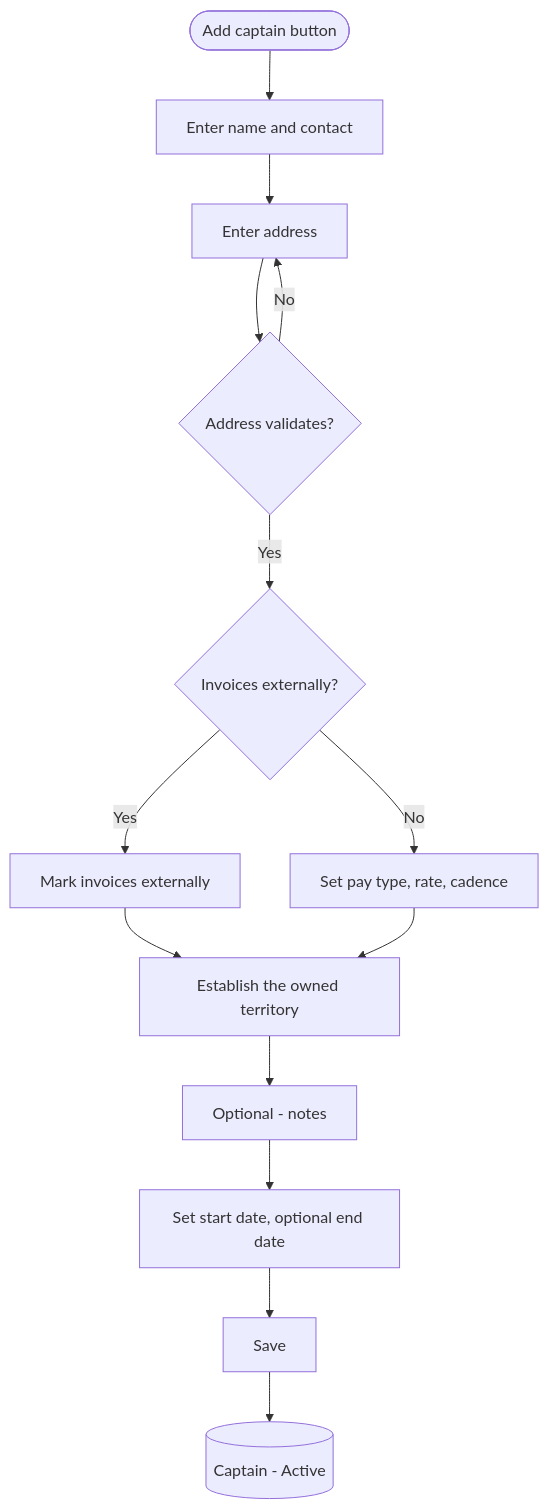
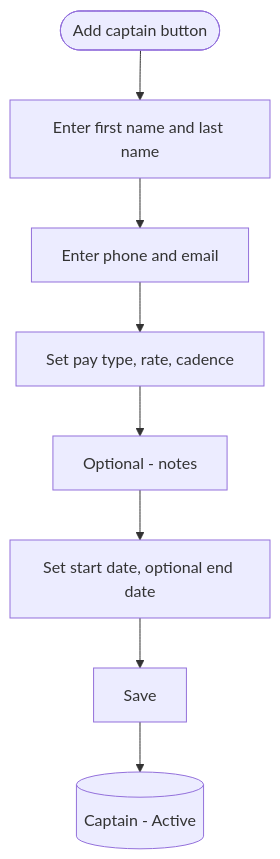
The seventh of 11 diagrams in docs/people_management_flow_v1.md (uwblueprint/beach-metro), drawn with Mermaid before and after one commit. The commit also changed other lines of this file, not shown here.

First line of the commit message:
Auto-vacate routes on volunteer retirement, split name fields, and simplify the captain flow (BM-24)

````diff
--- a/docs/people_management_flow_v1.md
+++ b/docs/people_management_flow_v1.md
@@ -159,16 +161,10 @@
 ```mermaid
 flowchart TD
-    Start([Add captain button]) --> Name[Enter name and contact]
-    Name --> Addr[Enter address]
-    Addr --> Valid{Address validates?}
-    Valid -->|No| Addr
-    Valid -->|Yes| ExtBranch{Invoices externally?}
-    ExtBranch -->|Yes| ExtFlag[Mark invoices externally]
-    ExtBranch -->|No| Pay[Set pay type, rate, cadence]
-    ExtFlag --> Terr[Establish the owned territory]
-    Pay --> Terr
-    Terr --> Notes[Optional - notes]
+    Start([Add captain button]) --> Name[Enter first name and last name]
+    Name --> Contact[Enter phone and email]
+    Contact --> Pay[Set pay type, rate, cadence]
+    Pay --> Notes[Optional - notes]
     Notes --> Dates[Set start date, optional end date]
     Dates --> Save[Save]
     Save --> Active[(Captain - Active)]
 ```
````
